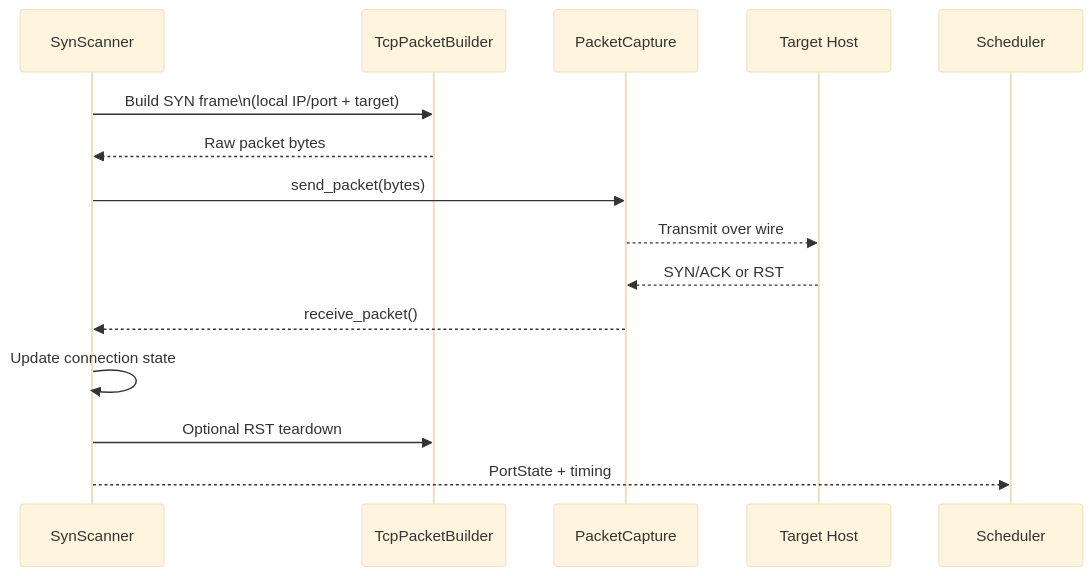
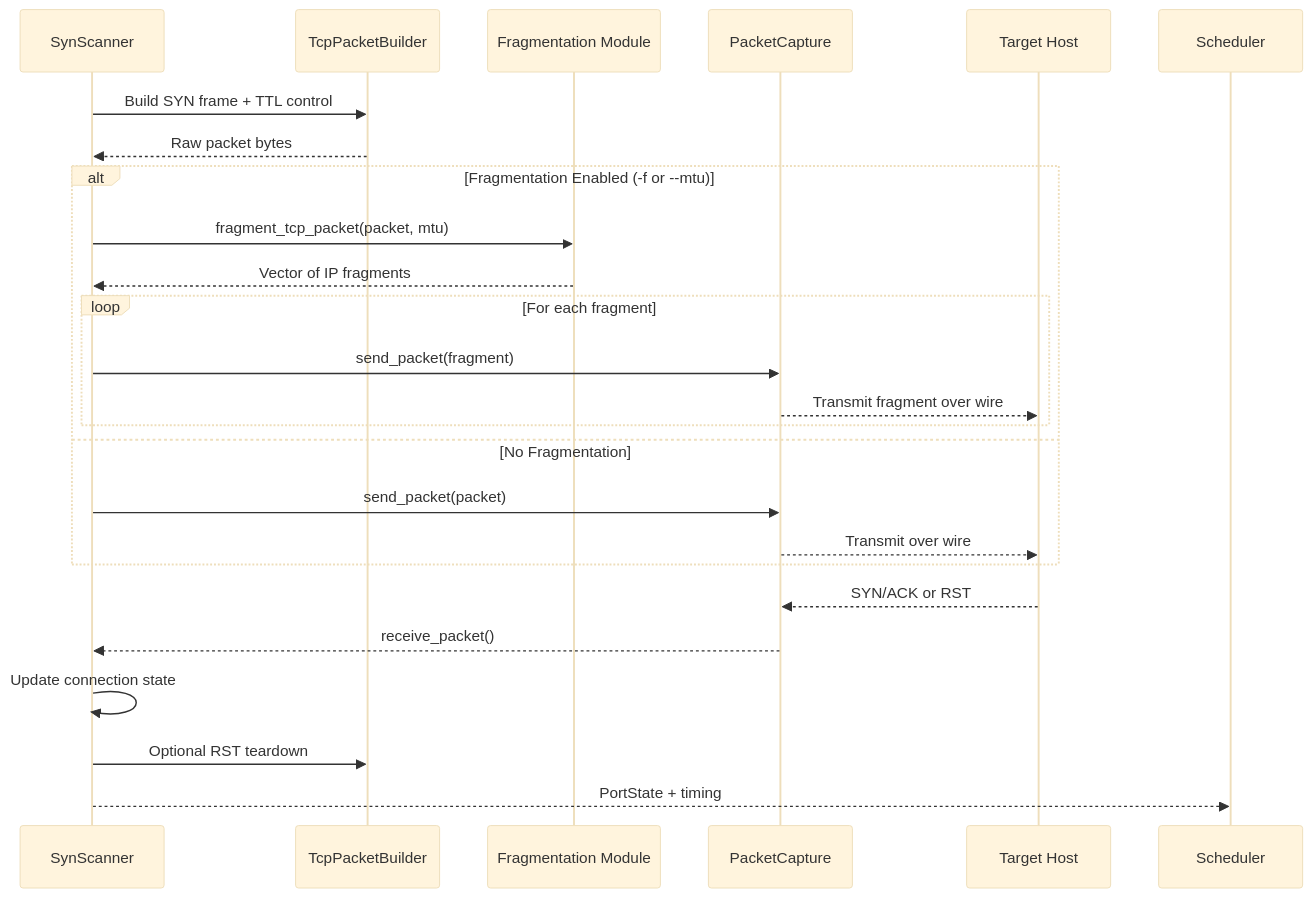
One commit to doublegate/ProRT-IP changed the fifth of 5 diagrams in README.md. Above: the diagram before and after it, drawn with Mermaid (base theme). The commit also changed other lines of this file and 14 other files, not shown here.

First line of the commit message:
feat(evasion): Add packet fragmentation and TTL control (Sprint 4.20 Phase 2)

````diff
--- a/README.md
+++ b/README.md
@@ -940,17 +955,27 @@
 ```mermaid
 sequenceDiagram
     participant Syn as SynScanner
     participant Builder as TcpPacketBuilder
+    participant Frag as Fragmentation Module
     participant Capture as PacketCapture
     participant Target as Target Host
 
-    Syn->>Builder: Build SYN frame\n(local IP/port + target)
+    Syn->>Builder: Build SYN frame + TTL control
     Builder-->>Syn: Raw packet bytes
-    Syn->>Capture: send_packet(bytes)
-    Capture-->>Target: Transmit over wire
+    alt Fragmentation Enabled (-f or --mtu)
+        Syn->>Frag: fragment_tcp_packet(packet, mtu)
+        Frag-->>Syn: Vector of IP fragments
+        loop For each fragment
+            Syn->>Capture: send_packet(fragment)
+            Capture-->>Target: Transmit fragment over wire
+        end
+    else No Fragmentation
+        Syn->>Capture: send_packet(packet)
+        Capture-->>Target: Transmit over wire
+    end
     Target-->>Capture: SYN/ACK or RST
     Capture-->>Syn: receive_packet()
     Syn->>Syn: Update connection state
     Syn->>Builder: Optional RST teardown
     Syn-->>Scheduler: PortState + timing
 ```
````
